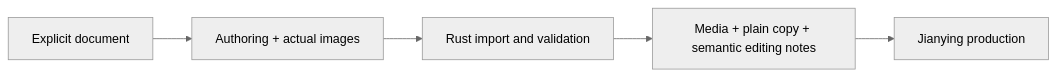
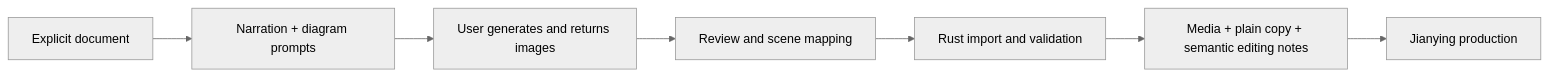
One commit to XiaoWeiKIN/MindFrame changed the diagram in ARCHITECTURE.md. Above: the diagram before and after it, drawn with Mermaid (neutral theme). The commit also changed other lines of this file and 10 other files, not shown here.

Commit message:
Make diagram prompt handoff the default authoring workflow

````diff
--- a/ARCHITECTURE.md
+++ b/ARCHITECTURE.md
@@ -9,7 +11,9 @@
 ```mermaid
 flowchart LR
-  Source[Explicit document] --> Chat[Authoring + actual images]
-  Chat --> Import[Rust import and validation]
+  Source[Explicit document] --> Chat[Narration + diagram prompts]
+  Chat --> User[User generates and returns images]
+  User --> Review[Review and scene mapping]
+  Review --> Import[Rust import and validation]
   Import --> Pack[Media + plain copy + semantic editing notes]
   Pack --> Editor[Jianying production]
 ```
````
